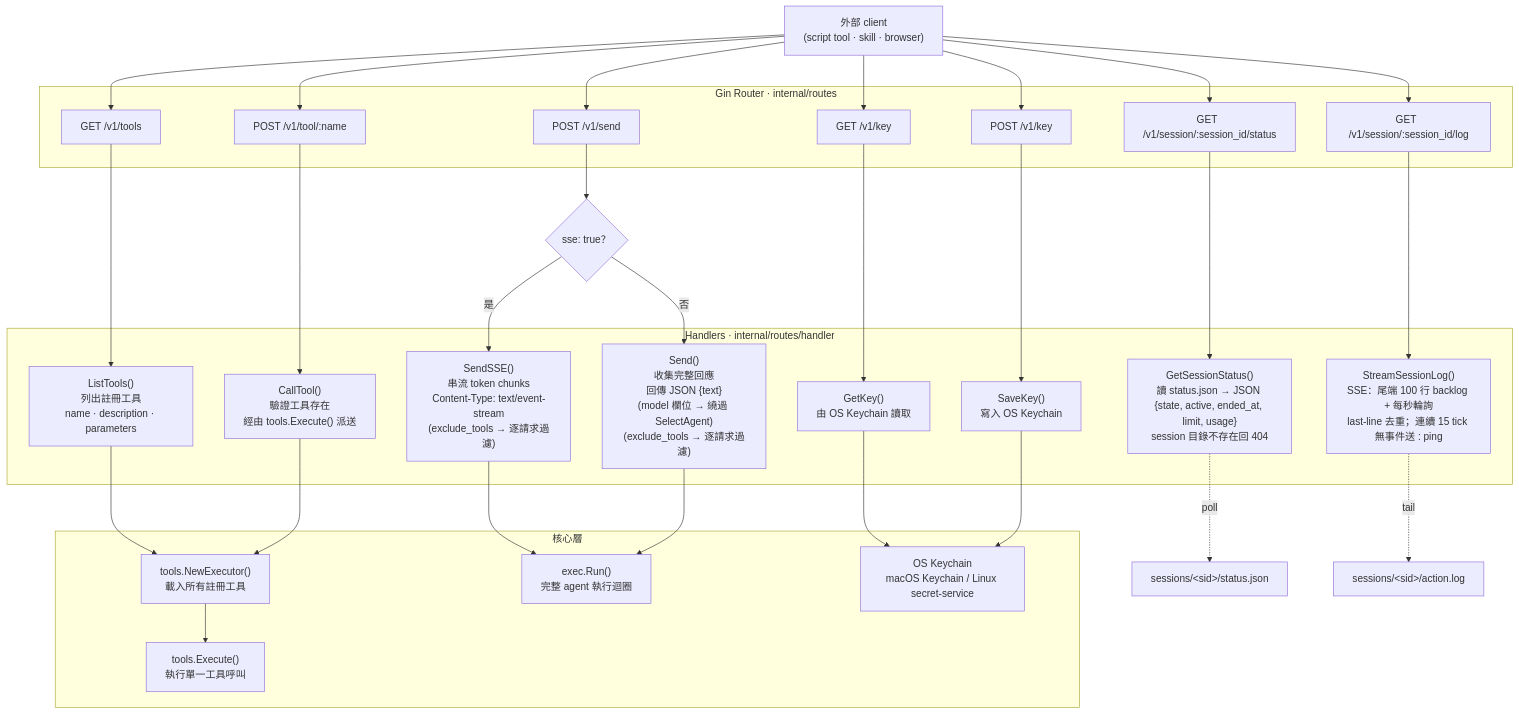
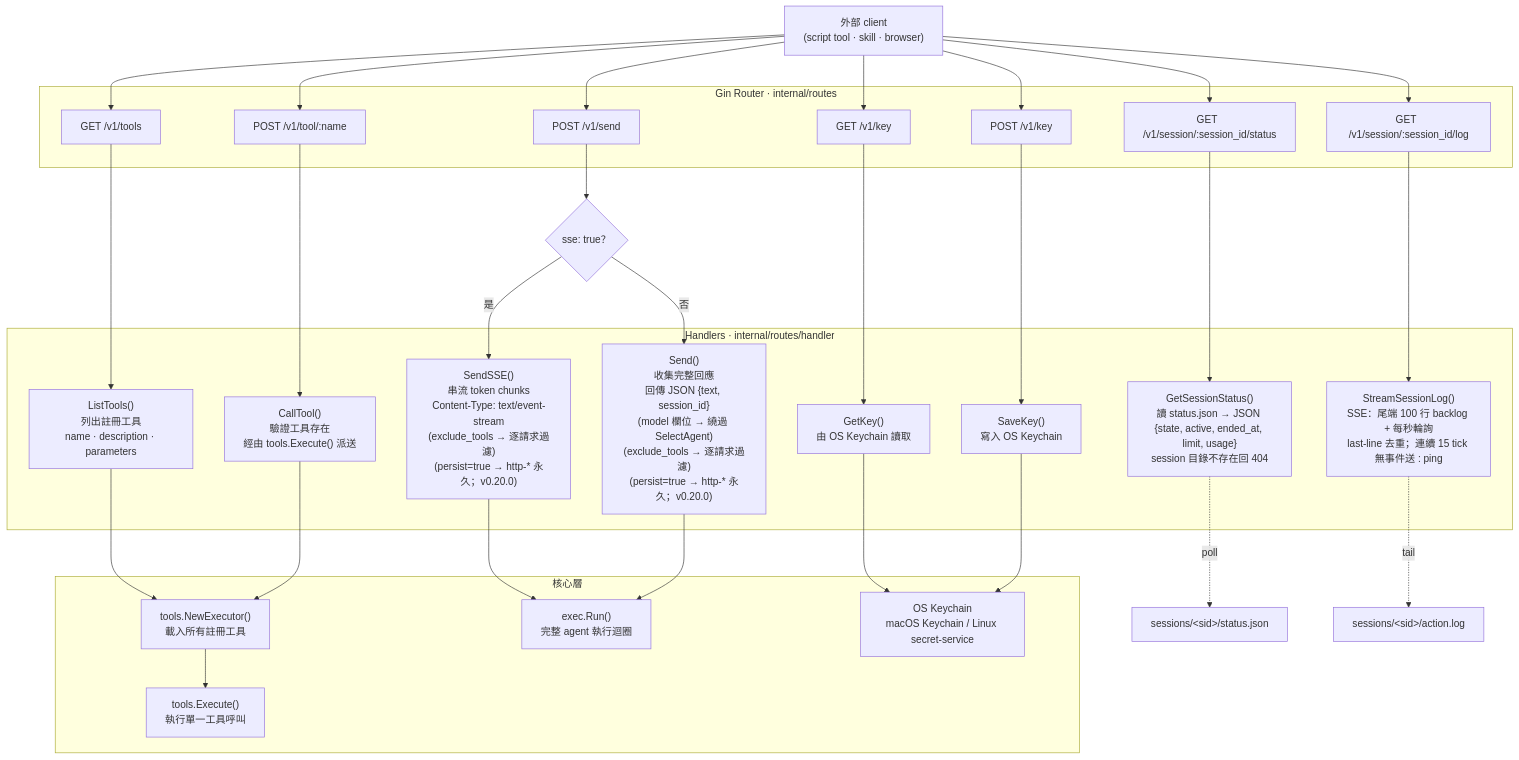
Before and after one commit to pardnchiu/Agenvoy: the ninth of 9 diagrams in doc/architecture.zh.md, drawn with Mermaid. The commit also changed other lines of this file and 10 other files, not shown here.

````diff
--- a/doc/architecture.zh.md
+++ b/doc/architecture.zh.md
@@ -425,54 +478,54 @@
 ```mermaid
 flowchart TD
     Client["外部 client\n(script tool · skill · browser)"]
 
     subgraph Router ["Gin Router · internal/routes"]
         R1["GET  /v1/tools"]
         R2["POST /v1/tool/:name"]
         R3["POST /v1/send"]
         R4["GET  /v1/key"]
         R5["POST /v1/key"]
         R6["GET  /v1/session/:session_id/status"]
         R7["GET  /v1/session/:session_id/log"]
     end
 
     subgraph Handlers ["Handlers · internal/routes/handler"]
         H1["ListTools()\n列出註冊工具\nname · description · parameters"]
         H2["CallTool()\n驗證工具存在\n經由 tools.Execute() 派送"]
-        H3SSE["SendSSE()\n串流 token chunks\nContent-Type: text/event-stream\n(exclude_tools → 逐請求過濾)"]
-        H3JSON["Send()\n收集完整回應\n回傳 JSON {text}\n(model 欄位 → 繞過 SelectAgent)\n(exclude_tools → 逐請求過濾)"]
+        H3SSE["SendSSE()\n串流 token chunks\nContent-Type: text/event-stream\n(exclude_tools → 逐請求過濾)\n(persist=true → http-* 永久；v0.20.0)"]
+        H3JSON["Send()\n收集完整回應\n回傳 JSON {text, session_id}\n(model 欄位 → 繞過 SelectAgent)\n(exclude_tools → 逐請求過濾)\n(persist=true → http-* 永久；v0.20.0)"]
         H4["GetKey()\n由 OS Keychain 讀取"]
         H5["SaveKey()\n寫入 OS Keychain"]
         H6["GetSessionStatus()\n讀 status.json → JSON {state, active, ended_at, limit, usage}\nsession 目錄不存在回 404"]
         H7["StreamSessionLog()\nSSE：尾端 100 行 backlog + 每秒輪詢\nlast-line 去重；連續 15 tick 無事件送 : ping"]
     end
 
     subgraph Core ["核心層"]
         Executor["tools.NewExecutor()\n載入所有註冊工具"]
         Execute["tools.Execute()\n執行單一工具呼叫"]
         Run["exec.Run()\n完整 agent 執行迴圈"]
         KC["OS Keychain\nmacOS Keychain / Linux secret-service"]
     end
 
     SSECheck{"sse: true？"}
 
     Client --> R1 & R2 & R3 & R4 & R5 & R6 & R7
     R1 --> H1
     R2 --> H2
     R3 --> SSECheck
     SSECheck -->|"是"| H3SSE
     SSECheck -->|"否"| H3JSON
     R4 --> H4
     R5 --> H5
     R6 --> H6
     R7 --> H7
 
     H1 --> Executor
     H2 --> Executor --> Execute
     H3SSE --> Run
     H3JSON --> Run
     H4 --> KC
     H5 --> KC
     H6 -.->|"poll"| StatusFile["sessions/&lt;sid&gt;/status.json"]
     H7 -.->|"tail"| ActionFile["sessions/&lt;sid&gt;/action.log"]
 ```
````
